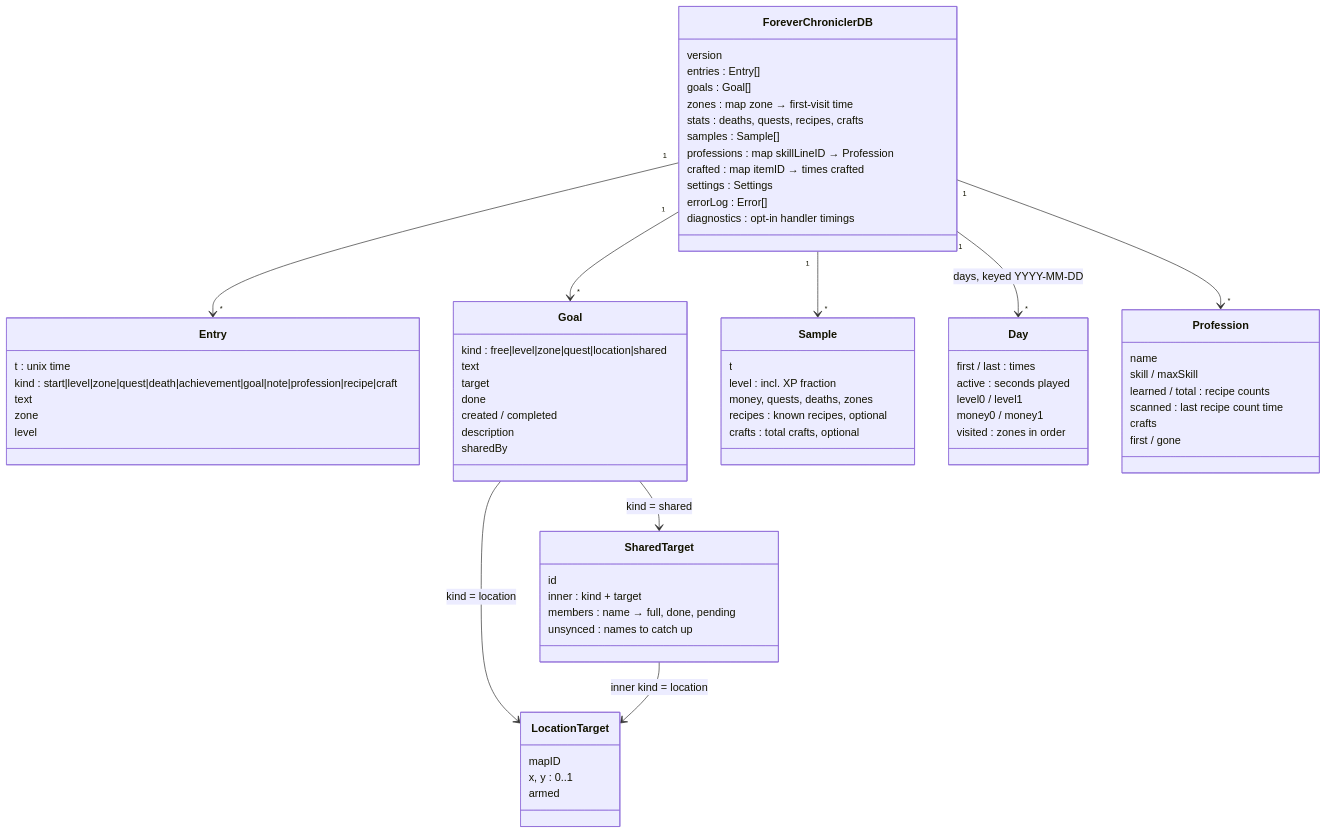
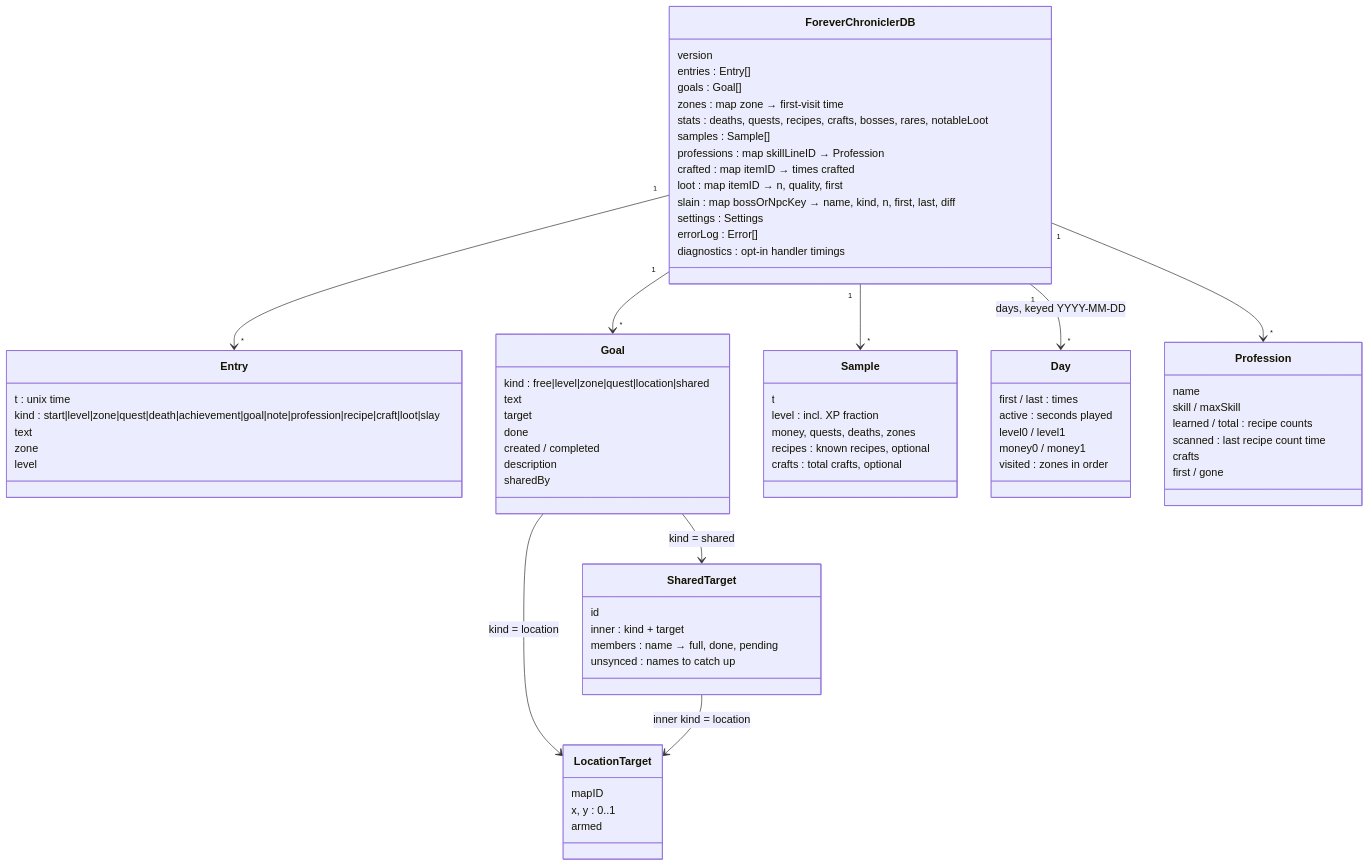
Before and after one commit to SaffronG/ForeverChronicler: the fifth of 12 diagrams in docs/Topology.md, drawn with Mermaid. The commit also changed other lines of this file and 14 other files, not shown here.

First line of the commit message:
Release 0.8.0: chronicle notable loot, bosses and rare foes slain

````diff
--- a/docs/Topology.md
+++ b/docs/Topology.md
@@ -202,73 +211,75 @@
 ```mermaid
 classDiagram
     class ForeverChroniclerDB {
         version
         entries : Entry[]
         goals : Goal[]
         zones : map zone → first-visit time
-        stats : deaths, quests, recipes, crafts
+        stats : deaths, quests, recipes, crafts, bosses, rares, notableLoot
         samples : Sample[]
         professions : map skillLineID → Profession
         crafted : map itemID → times crafted
+        loot : map itemID → n, quality, first
+        slain : map bossOrNpcKey → name, kind, n, first, last, diff
         settings : Settings
         errorLog : Error[]
         diagnostics : opt-in handler timings
     }
     class Entry {
         t : unix time
-        kind : start|level|zone|quest|death|achievement|goal|note|profession|recipe|craft
+        kind : start|level|zone|quest|death|achievement|goal|note|profession|recipe|craft|loot|slay
         text
         zone
         level
     }
     class Goal {
         kind : free|level|zone|quest|location|shared
         text
         target
         done
         created / completed
         description
         sharedBy
     }
     class LocationTarget {
         mapID
         x, y : 0..1
         armed
     }
     class SharedTarget {
         id
         inner : kind + target
         members : name → full, done, pending
         unsynced : names to catch up
     }
     class Sample {
         t
         level : incl. XP fraction
         money, quests, deaths, zones
         recipes : known recipes, optional
         crafts : total crafts, optional
     }
     class Day {
         first / last : times
         active : seconds played
         level0 / level1
         money0 / money1
         visited : zones in order
     }
     class Profession {
         name
         skill / maxSkill
         learned / total : recipe counts
         scanned : last recipe count time
         crafts
         first / gone
     }
     ForeverChroniclerDB "1" --> "*" Entry
     ForeverChroniclerDB "1" --> "*" Goal
     ForeverChroniclerDB "1" --> "*" Sample
     ForeverChroniclerDB "1" --> "*" Profession
     ForeverChroniclerDB "1" --> "*" Day : days, keyed YYYY-MM-DD
     Goal --> LocationTarget : kind = location
     Goal --> SharedTarget : kind = shared
     SharedTarget --> LocationTarget : inner kind = location
 ```
````
